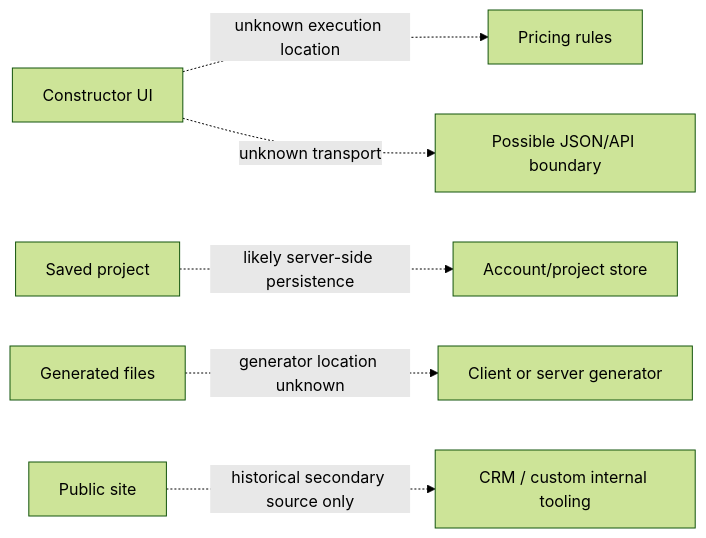
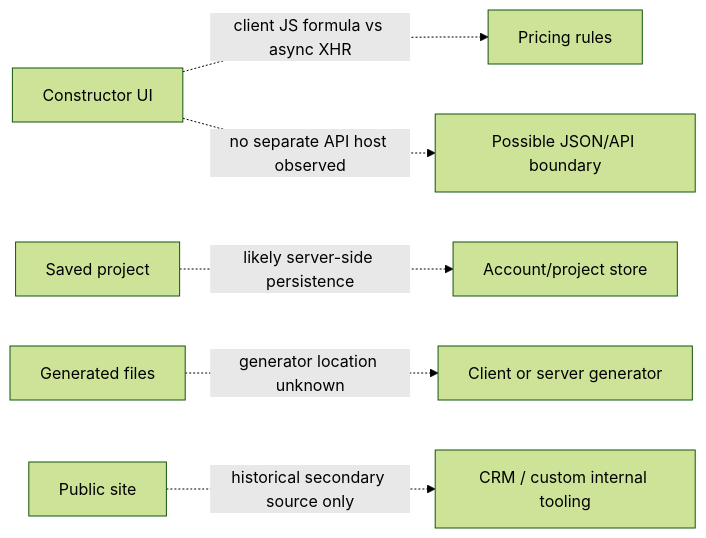
The second of 2 diagrams in experiments/privetmaket-backend-recon/ARCHITECTURE.md (Murkin1980/murat-project-engineer), drawn with Mermaid (forest theme) before and after one commit. The commit also changed other lines of this file and 11 other files, not shown here.

````diff
--- a/experiments/privetmaket-backend-recon/ARCHITECTURE.md
+++ b/experiments/privetmaket-backend-recon/ARCHITECTURE.md
@@ -35,8 +37,8 @@
 ```mermaid
 graph LR
-    UI[Constructor UI] -. unknown execution location .-> Pricing[Pricing rules]
-    UI -. unknown transport .-> Api[Possible JSON/API boundary]
+    UI[Constructor UI] -. client JS formula vs async XHR .-> Pricing[Pricing rules]
+    UI -. no separate API host observed .-> Api[Possible JSON/API boundary]
     Project[Saved project] -. likely server-side persistence .-> Store[Account/project store]
     Exports[Generated files] -. generator location unknown .-> Generator[Client or server generator]
     Site[Public site] -. historical secondary source only .-> CRM[CRM / custom internal tooling]
 ```
````
